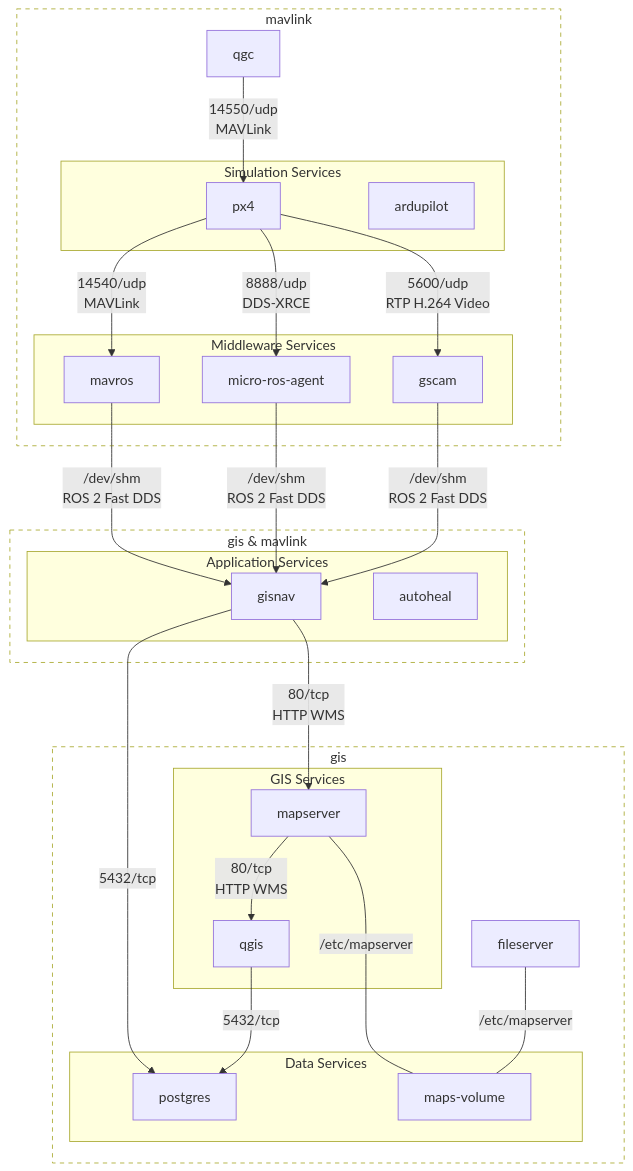
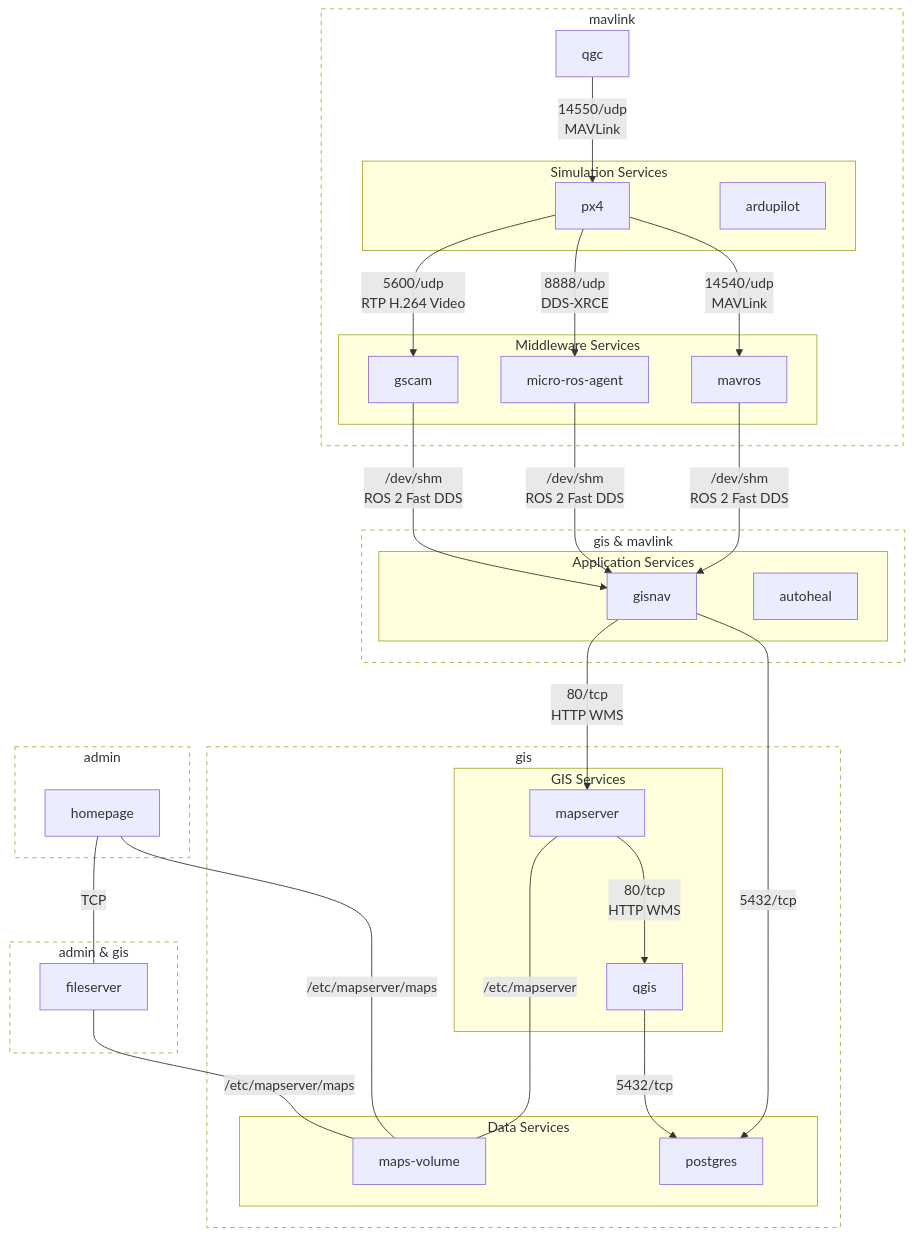
The diagram in docs/pages/developer_guide/offboard/docker_compose.rst (hmakelin/gisnav), drawn with Mermaid before and after one commit. The commit also changed 9 other files, not shown here.

```diff
--- a/docs/pages/developer_guide/offboard/docker_compose.rst
+++ b/docs/pages/developer_guide/offboard/docker_compose.rst
@@ -46,52 +46,62 @@
 .. mermaid::
 
     graph TD
         subgraph mavlink ["mavlink"]
             mavlink_qgc[qgc]
             subgraph simulation ["Simulation Services"]
                 simulation_px4[px4]
                 simulation_ardupilot[ardupilot]
             end
             subgraph middleware ["Middleware Services"]
                 middleware_mavros[mavros]
                 middleware_micro_ros_agent[micro-ros-agent]
                 middleware_gscam[gscam]
             end
         end
 
         subgraph gis_mavlink ["gis & mavlink"]
             subgraph application ["Application Services"]
                 application_gisnav[gisnav]
                 application_autoheal[autoheal]
             end
         end
 
         subgraph gis ["gis"]
             subgraph gis_services ["GIS Services"]
                 gis_mapserver[mapserver]
                 gis_qgis[qgis]
             end
             subgraph data_services ["Data Services"]
                 gis_postgres[postgres]
                 gis_maps_volume[maps-volume]
             end
-            gis_fileserver[fileserver]
+        end
+
+        subgraph admin ["admin"]
+            homepage[homepage]
+        end
+
+        subgraph admin_gis ["admin & gis"]
+            fileserver[fileserver]
         end
 
         mavlink_qgc -->|14550/udp\nMAVLink| simulation_px4
         simulation_px4 -->|14540/udp\nMAVLink| middleware_mavros
         simulation_px4 -->|8888/udp\nDDS-XRCE | middleware_micro_ros_agent
         simulation_px4 -->|5600/udp\nRTP H.264 Video| middleware_gscam
         middleware_mavros -->|/dev/shm\nROS 2 Fast DDS| application_gisnav
         middleware_micro_ros_agent -->|/dev/shm\nROS 2 Fast DDS| application_gisnav
         middleware_gscam -->|/dev/shm\nROS 2 Fast DDS| application_gisnav
         application_gisnav -->|5432/tcp| gis_postgres
 
         application_gisnav -->|80/tcp\nHTTP WMS| gis_mapserver
         gis_mapserver -->|80/tcp\nHTTP WMS| gis_qgis
         gis_qgis -->|5432/tcp| gis_postgres
         gis_mapserver ---|/etc/mapserver| gis_maps_volume
-        gis_fileserver ---|/etc/mapserver| gis_maps_volume
+        fileserver ---|/etc/mapserver/maps| gis_maps_volume
+
+        homepage ---|/etc/mapserver/maps| gis_maps_volume
+        homepage ---|TCP| fileserver
 
         classDef network fill:transparent,stroke-dasharray:5 5;
-        class mavlink,gis,gis_mavlink network
+        class mavlink,gis,gis_mavlink,admin,admin_gis network
```
